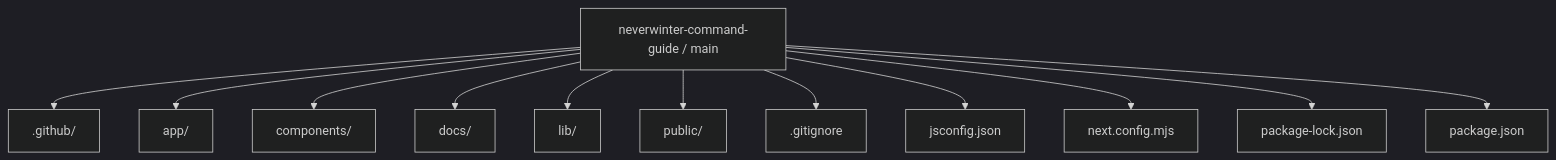
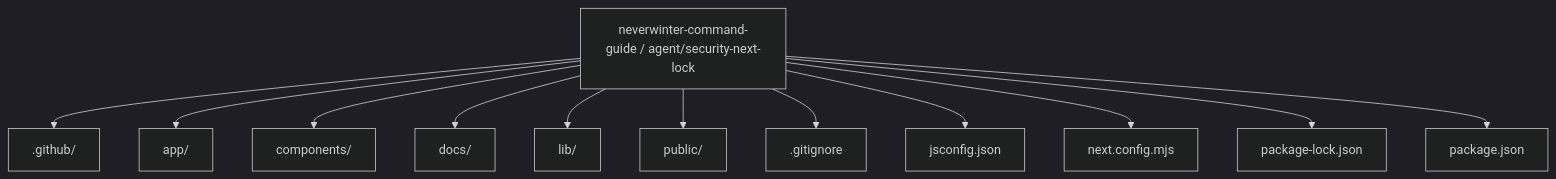
The first of 5 diagrams in README.md (Nischhalsubba/neverwinter-command-guide), drawn with Mermaid (dark theme) before and after one commit. The commit also changed other lines of this file, not shown here.

````diff
--- a/README.md
+++ b/README.md
@@ -57,15 +57,15 @@
 ```mermaid
 flowchart TD
-    ROOT["neverwinter-command-guide / main"]
+    ROOT["neverwinter-command-guide / agent/security-next-lock"]
     ROOT --> P0[".github/"]
     ROOT --> P1["app/"]
     ROOT --> P2["components/"]
     ROOT --> P3["docs/"]
     ROOT --> P4["lib/"]
     ROOT --> P5["public/"]
     ROOT --> P6[".gitignore"]
     ROOT --> P7["jsconfig.json"]
     ROOT --> P8["next.config.mjs"]
     ROOT --> P9["package-lock.json"]
     ROOT --> P10["package.json"]
 ```
````
